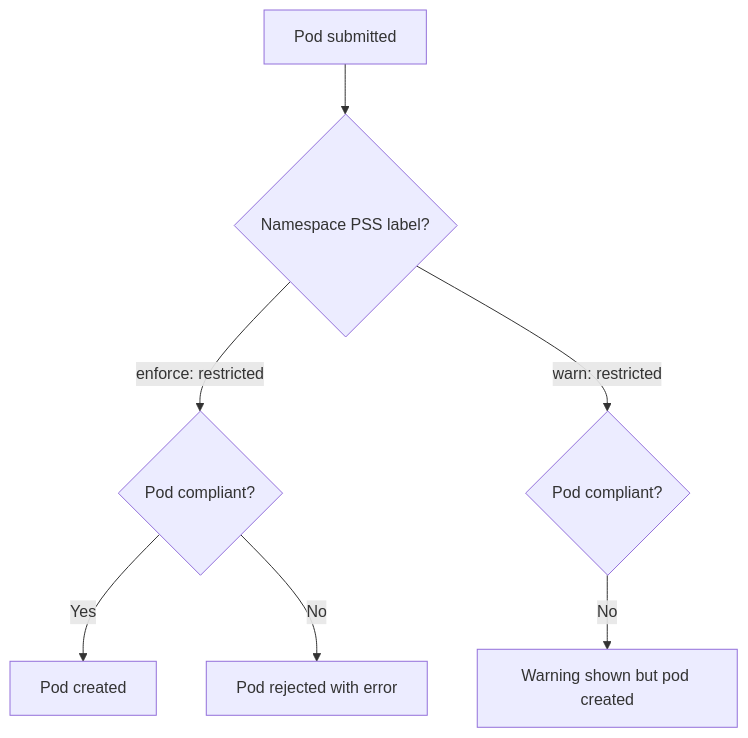
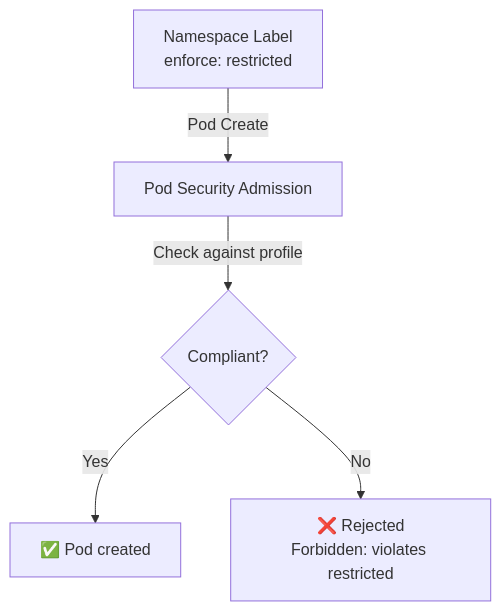
One commit to greg4fun/kubernetesrecipes.github.io changed the diagram in src/content/recipes/kubernetes-pod-security-standards.md. Above: the diagram before and after it, drawn with Mermaid. The commit also changed other lines of this file and 9 other files, not shown here.

````diff
--- a/src/content/recipes/kubernetes-pod-security-standards.md
+++ b/src/content/recipes/kubernetes-pod-security-standards.md
@@ -93,9 +82,7 @@
 ```mermaid
 graph TD
-    A[Pod submitted] --> B{Namespace PSS label?}
-    B -->|enforce: restricted| C{Pod compliant?}
-    C -->|Yes| D[Pod created]
-    C -->|No| E[Pod rejected with error]
-    B -->|warn: restricted| F{Pod compliant?}
-    F -->|No| G[Warning shown but pod created]
+    NS[Namespace Label<br/>enforce: restricted] -->|Pod Create| PSA[Pod Security Admission]
+    PSA -->|Check against profile| CHECK{Compliant?}
+    CHECK -->|Yes| ALLOW[✅ Pod created]
+    CHECK -->|No| DENY[❌ Rejected<br/>Forbidden: violates restricted]
 ```
````
